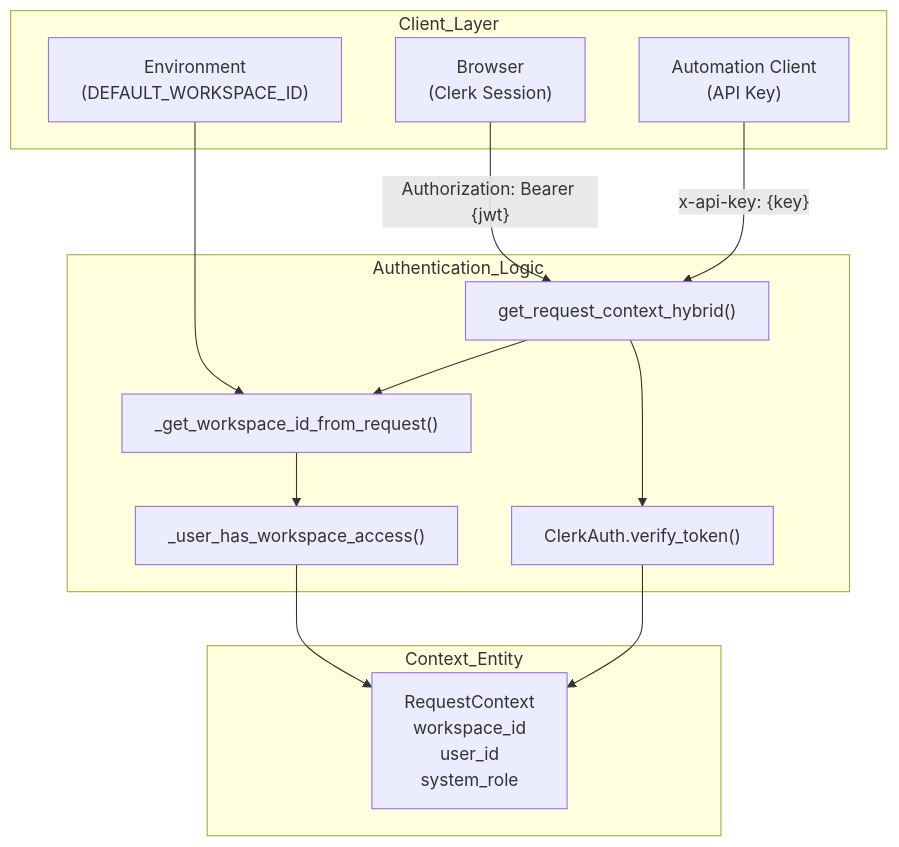
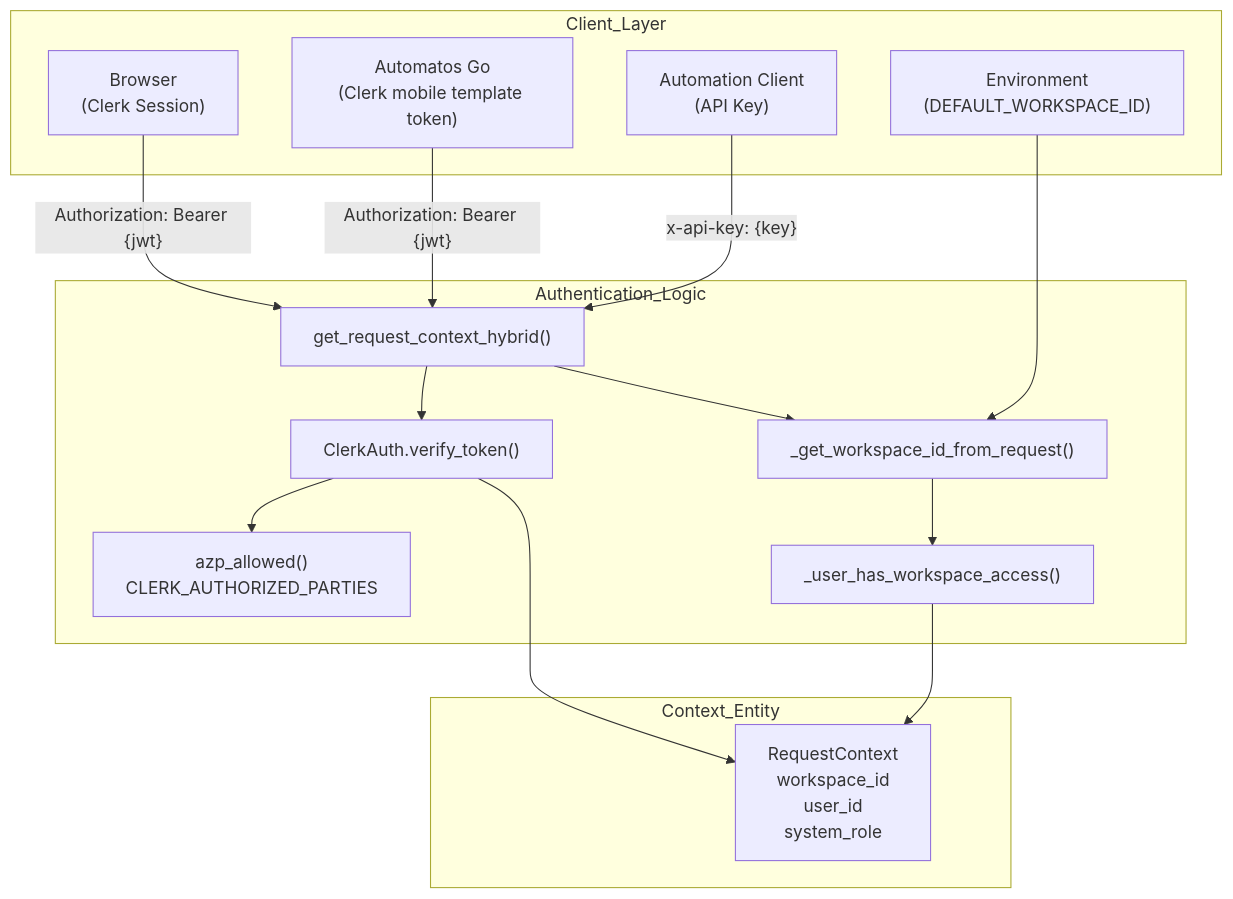
One commit to AutomatosAI/automatos-ai changed the first of 2 diagrams in docs/authentication-multi-tenancy/_index.md. Above: the diagram before and after it, drawn with Mermaid. The commit also changed other lines of this file and 4 other files, not shown here.

Commit message:
docs(auth): the Clerk azp check: CLERK_AUTHORIZED_PARTIES, CLERK_AZP_REQUIRED and Automatos Go's mobile template

````diff
--- a/docs/authentication-multi-tenancy/_index.md
+++ b/docs/authentication-multi-tenancy/_index.md
@@ -58,29 +63,33 @@
 ```mermaid
 graph TB
     subgraph "Client_Layer"
         Browser["Browser<br/>(Clerk Session)"]
+        Phone["Automatos Go<br/>(Clerk mobile template token)"]
         Automation["Automation Client<br/>(API Key)"]
         EnvConfig["Environment<br/>(DEFAULT_WORKSPACE_ID)"]
     end
     
     subgraph "Authentication_Logic"
         Hybrid["get_request_context_hybrid()"]
         ClerkAuth["ClerkAuth.verify_token()"]
+        AzpCheck["azp_allowed()<br/>CLERK_AUTHORIZED_PARTIES"]
         WorkspaceRes["_get_workspace_id_from_request()"]
         AccessCheck["_user_has_workspace_access()"]
     end
     
     subgraph "Context_Entity"
         Context["RequestContext<br/>workspace_id<br/>user_id<br/>system_role"]
     end
     
     Browser -->|"Authorization: Bearer {jwt}"| Hybrid
+    Phone -->|"Authorization: Bearer {jwt}"| Hybrid
     Automation -->|"x-api-key: {key}"| Hybrid
     EnvConfig --> WorkspaceRes
     
     Hybrid --> ClerkAuth
+    ClerkAuth --> AzpCheck
     Hybrid --> WorkspaceRes
     WorkspaceRes --> AccessCheck
     AccessCheck --> Context
     ClerkAuth --> Context
 ```
````
